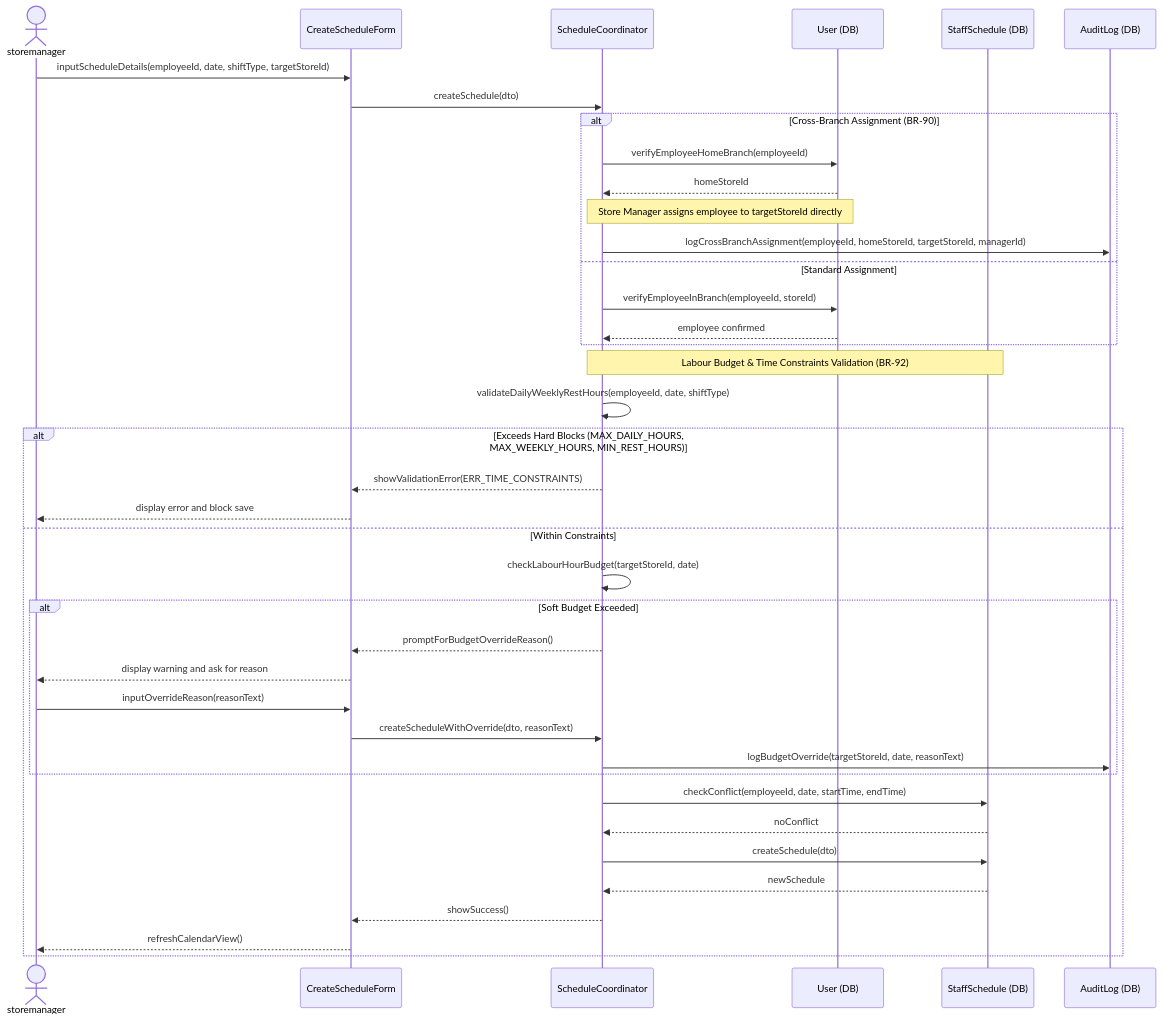
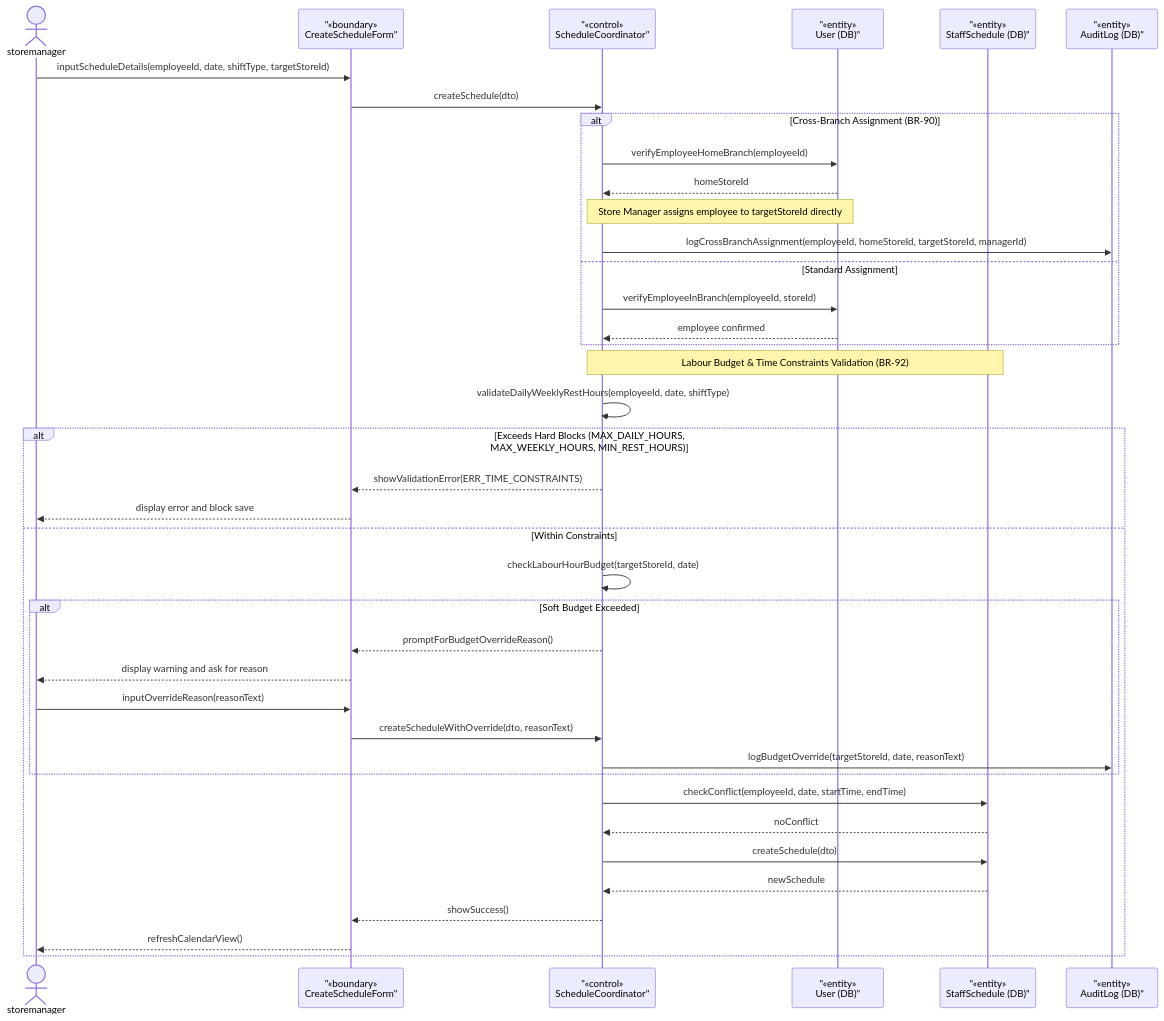
Before and after one commit to Shaichi/Khoga_coffe_shop: the second of 5 diagrams in rds_sections/12_detailed_3_9_staff_management.md, drawn with Mermaid. The commit also changed other lines of this file and 13 other files, not shown here.

Commit message:
docs(rds): Update User entity fields and change Decimal to BigDecimal

````diff
--- a/rds_sections/12_detailed_3_9_staff_management.md
+++ b/rds_sections/12_detailed_3_9_staff_management.md
@@ -119,46 +119,46 @@
 ```mermaid
 sequenceDiagram
     actor storemanager
-    participant CreateForm as CreateScheduleForm
-    participant ScheduleCoord as ScheduleCoordinator
-    participant UserDB as User (DB)
-    participant ScheduleDB as StaffSchedule (DB)
-    participant AuditDB as AuditLog (DB)
+participant CreateForm as "«boundary»<br/>CreateScheduleForm"
+participant ScheduleCoord as "«control»<br/>ScheduleCoordinator"
+participant UserDB as "«entity»<br/>User (DB)"
+participant ScheduleDB as "«entity»<br/>StaffSchedule (DB)"
+participant AuditDB as "«entity»<br/>AuditLog (DB)"
 
     storemanager->>CreateForm: inputScheduleDetails(employeeId, date, shiftType, targetStoreId)
     CreateForm->>ScheduleCoord: createSchedule(dto)
     
     alt Cross-Branch Assignment (BR-90)
         ScheduleCoord->>UserDB: verifyEmployeeHomeBranch(employeeId)
         UserDB-->>ScheduleCoord: homeStoreId
         Note over ScheduleCoord, UserDB: Store Manager assigns employee to targetStoreId directly
         ScheduleCoord->>AuditDB: logCrossBranchAssignment(employeeId, homeStoreId, targetStoreId, managerId)
     else Standard Assignment
         ScheduleCoord->>UserDB: verifyEmployeeInBranch(employeeId, storeId)
         UserDB-->>ScheduleCoord: employee confirmed
     end
 
     Note over ScheduleCoord, ScheduleDB: Labour Budget & Time Constraints Validation (BR-92)
     ScheduleCoord->>ScheduleCoord: validateDailyWeeklyRestHours(employeeId, date, shiftType)
     
     alt Exceeds Hard Blocks (MAX_DAILY_HOURS, MAX_WEEKLY_HOURS, MIN_REST_HOURS)
         ScheduleCoord-->>CreateForm: showValidationError(ERR_TIME_CONSTRAINTS)
         CreateForm-->>storemanager: display error and block save
     else Within Constraints
         ScheduleCoord->>ScheduleCoord: checkLabourHourBudget(targetStoreId, date)
         alt Soft Budget Exceeded
             ScheduleCoord-->>CreateForm: promptForBudgetOverrideReason()
             CreateForm-->>storemanager: display warning and ask for reason
             storemanager->>CreateForm: inputOverrideReason(reasonText)
             CreateForm->>ScheduleCoord: createScheduleWithOverride(dto, reasonText)
             ScheduleCoord->>AuditDB: logBudgetOverride(targetStoreId, date, reasonText)
         end
         
         ScheduleCoord->>ScheduleDB: checkConflict(employeeId, date, startTime, endTime)
         ScheduleDB-->>ScheduleCoord: noConflict
         ScheduleCoord->>ScheduleDB: createSchedule(dto)
         ScheduleDB-->>ScheduleCoord: newSchedule
         ScheduleCoord-->>CreateForm: showSuccess()
         CreateForm-->>storemanager: refreshCalendarView()
     end
 ```
````
